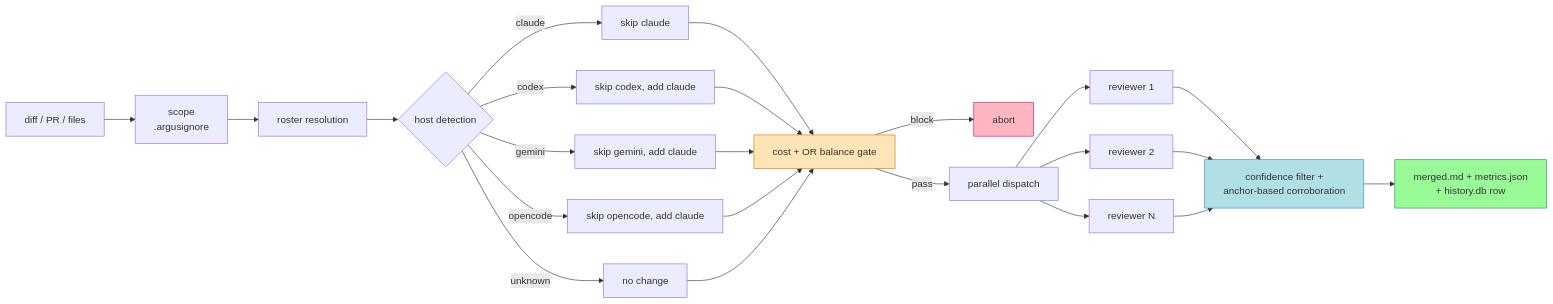
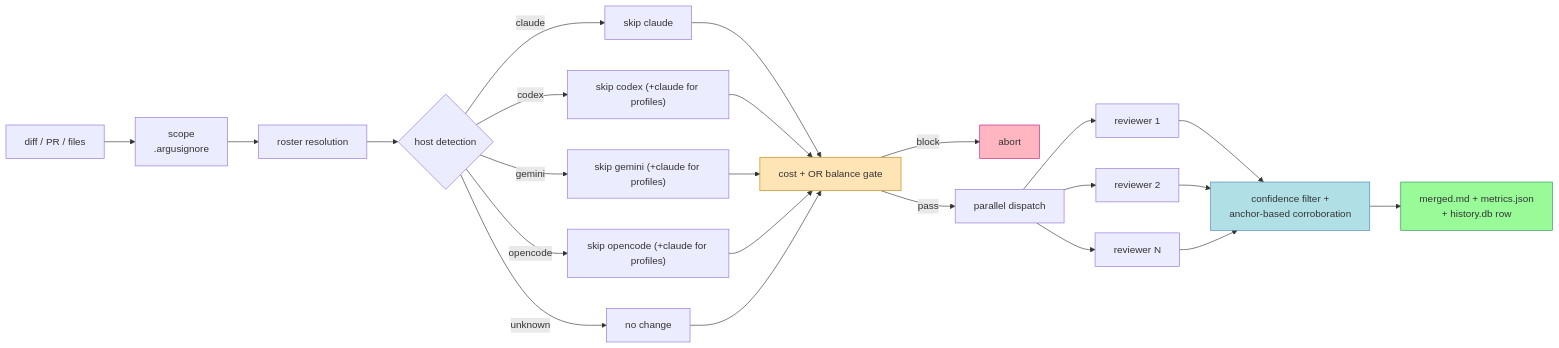
Before and after one commit to jimstratus/argus: the second of 5 diagrams in README.md, drawn with Mermaid. The commit also changed other lines of this file and 4 other files, not shown here.

First line of the commit message:
docs: accuracy pass + diagrams across all five documents

````diff
--- a/README.md
+++ b/README.md
@@ -67,30 +91,30 @@
 ```mermaid
 flowchart LR
     A["diff / PR / files"] --> B["scope<br>.argusignore"]
     B --> C["roster resolution"]
     C --> D{"host detection"}
     D -->|claude| E1["skip claude"]
-    D -->|codex| E2["skip codex, add claude"]
-    D -->|gemini| E3["skip gemini, add claude"]
-    D -->|opencode| E4["skip opencode, add claude"]
+    D -->|codex| E2["skip codex (+claude for profiles)"]
+    D -->|gemini| E3["skip gemini (+claude for profiles)"]
+    D -->|opencode| E4["skip opencode (+claude for profiles)"]
     D -->|unknown| E5["no change"]
     E1 --> F
     E2 --> F
     E3 --> F
     E4 --> F
     E5 --> F
     F["cost + OR balance gate"] -->|block| X["abort"]
     F -->|pass| G["parallel dispatch"]
     G --> H1["reviewer 1"]
     G --> H2["reviewer 2"]
     G --> H3["reviewer N"]
     H1 --> I
     H2 --> I
     H3 --> I
     I["confidence filter +<br>anchor-based corroboration"] --> J["merged.md + metrics.json<br>+ history.db row"]
 
     style F fill:#ffe4b5,stroke:#b8860b
     style X fill:#ffb6c1,stroke:#c71585
     style I fill:#b0e0e6,stroke:#4682b4
     style J fill:#98fb98,stroke:#2e8b57
 ```
````
